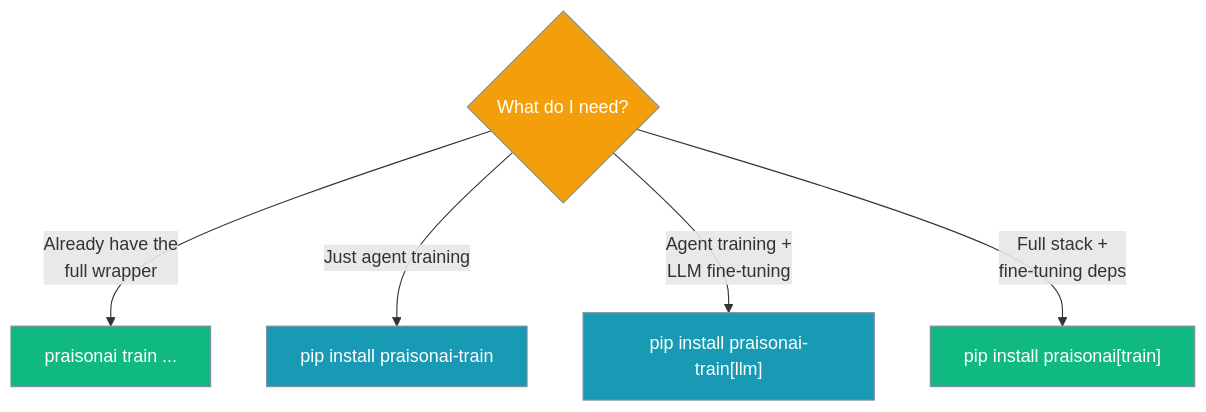
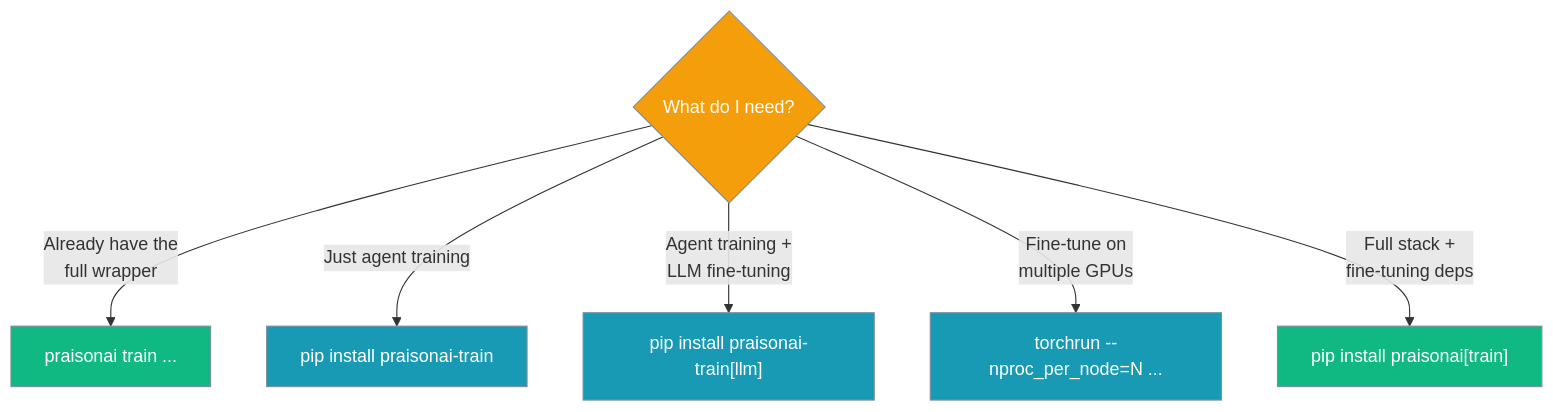
The second of 3 diagrams in docs/features/praisonai-train-package.mdx (MervinPraison/PraisonAIDocs), drawn with Mermaid before and after one commit. The commit also changed other lines of this file and 5 other files, not shown here.

````diff
--- a/docs/features/praisonai-train-package.mdx
+++ b/docs/features/praisonai-train-package.mdx
@@ -127,16 +129,17 @@
 ```mermaid
 graph TB
     Q1{What do I need?}
     Q1 -->|Already have the<br/>full wrapper| P1[praisonai train ...]
     Q1 -->|Just agent training| P2[pip install praisonai-train]
     Q1 -->|Agent training +<br/>LLM fine-tuning| P3["pip install praisonai-train[llm]"]
+    Q1 -->|Fine-tune on<br/>multiple GPUs| P5[torchrun --nproc_per_node=N ...]
     Q1 -->|Full stack +<br/>fine-tuning deps| P4["pip install praisonai[train]"]
 
     classDef question fill:#F59E0B,stroke:#7C90A0,color:#fff
     classDef wrapper fill:#10B981,stroke:#7C90A0,color:#fff
     classDef runtime fill:#189AB4,stroke:#7C90A0,color:#fff
 
     class Q1 question
     class P1,P4 wrapper
-    class P2,P3 runtime
+    class P2,P3,P5 runtime
 ```
````
